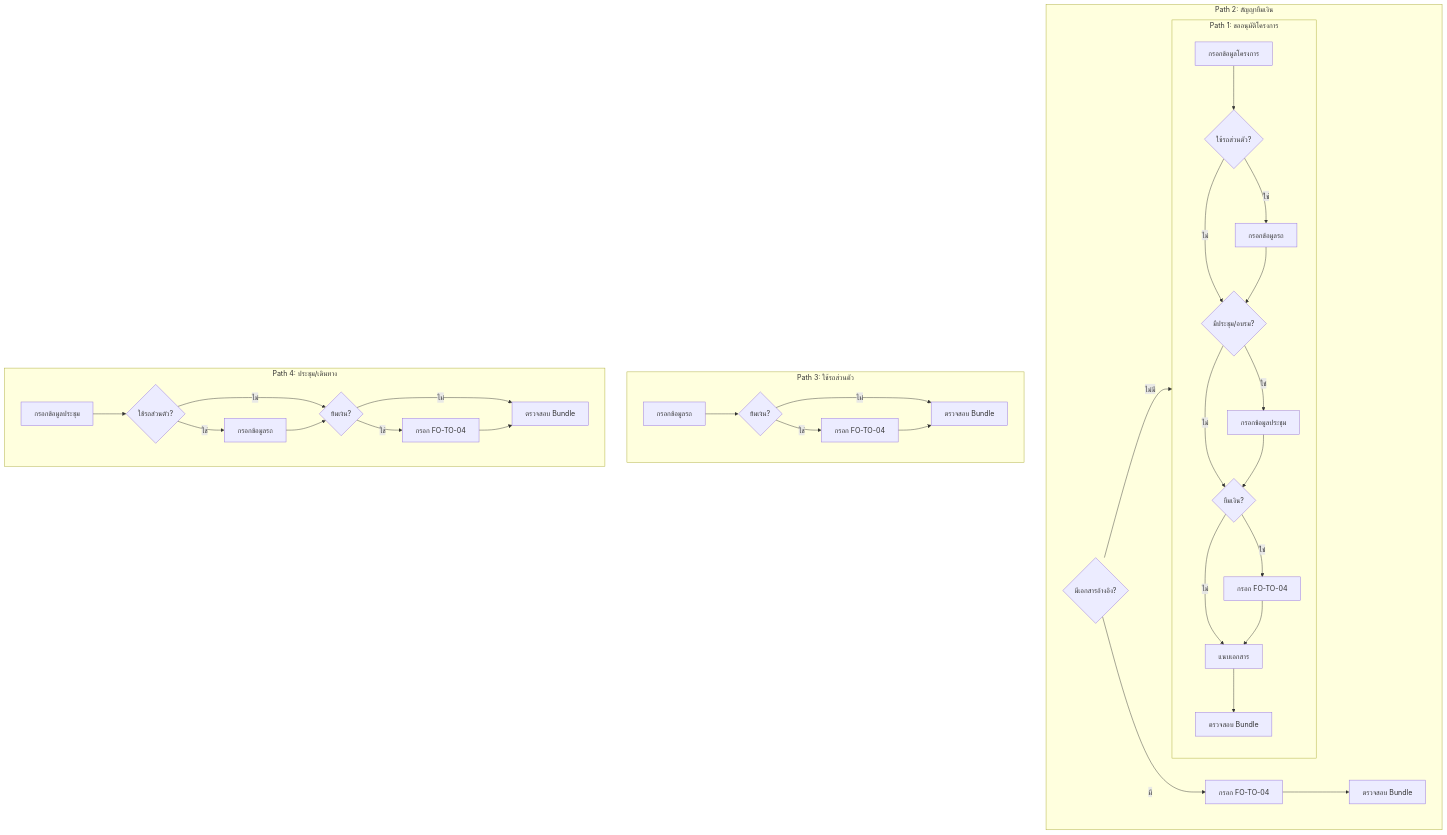
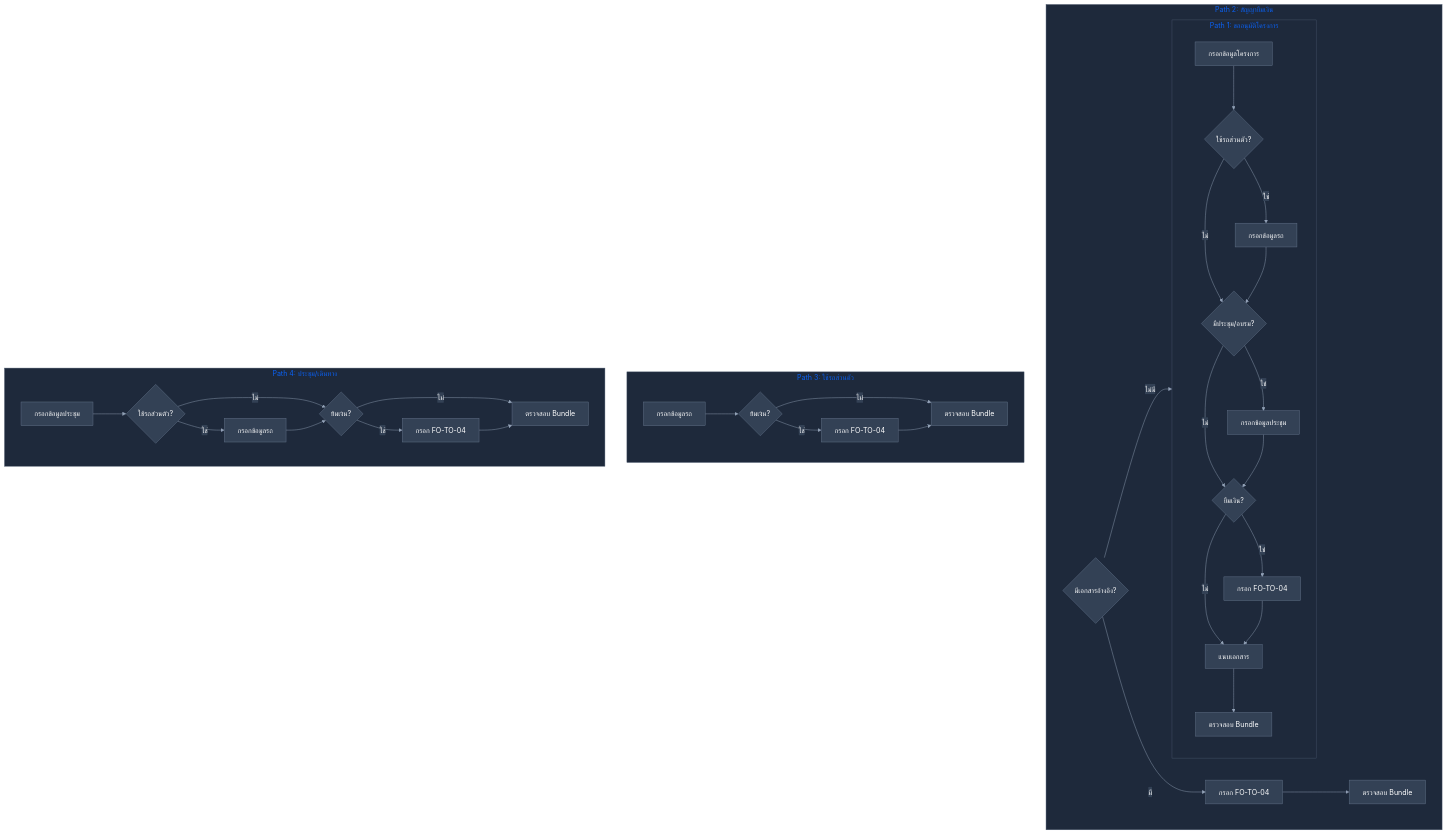
The third of 4 diagrams in docs/ER-Diagram.md (Burist106/RSCApproval), drawn with Mermaid before and after one commit. The commit also changed other lines of this file, not shown here.

Commit message:
feat: Enhance ER Diagram with Dark Mode support and improve styling for better visualization

````diff
--- a/docs/ER-Diagram.md
+++ b/docs/ER-Diagram.md
@@ -496,39 +500,40 @@
 ```mermaid
+%%{init: {'theme': 'base', 'themeVariables': { 'primaryColor': '#6366f1', 'primaryTextColor': '#ffffff', 'primaryBorderColor': '#818cf8', 'lineColor': '#94a3b8', 'secondaryColor': '#10b981', 'tertiaryColor': '#f59e0b', 'background': '#1e293b', 'mainBkg': '#334155', 'textColor': '#f1f5f9', 'nodeBorder': '#64748b', 'clusterBkg': '#1e293b', 'clusterBorder': '#475569', 'edgeLabelBackground': '#334155', 'fontFamily': 'system-ui, -apple-system, sans-serif' }}}%%
 flowchart TB
     subgraph Path1["Path 1: ขออนุมัติโครงการ"]
         P1A[กรอกข้อมูลโครงการ] --> P1B{ใช้รถส่วนตัว?}
         P1B -->|ใช่| P1C[กรอกข้อมูลรถ]
         P1B -->|ไม่| P1D{มีประชุม/อบรม?}
         P1C --> P1D
         P1D -->|ใช่| P1E[กรอกข้อมูลประชุม]
         P1D -->|ไม่| P1F{ยืมเงิน?}
         P1E --> P1F
         P1F -->|ใช่| P1G[กรอก FO-TO-04]
         P1F -->|ไม่| P1H[แนบเอกสาร]
         P1G --> P1H
         P1H --> P1I[ตรวจสอบ Bundle]
     end
     
     subgraph Path2["Path 2: สัญญายืมเงิน"]
         P2A{มีเอกสารอ้างอิง?} -->|มี| P2B[กรอก FO-TO-04]
         P2A -->|ไม่มี| Path1
         P2B --> P2C[ตรวจสอบ Bundle]
     end
     
     subgraph Path3["Path 3: ใช้รถส่วนตัว"]
         P3A[กรอกข้อมูลรถ] --> P3B{ยืมเงิน?}
         P3B -->|ใช่| P3C[กรอก FO-TO-04]
         P3B -->|ไม่| P3D[ตรวจสอบ Bundle]
         P3C --> P3D
     end
     
     subgraph Path4["Path 4: ประชุม/เดินทาง"]
         P4A[กรอกข้อมูลประชุม] --> P4B{ใช้รถส่วนตัว?}
         P4B -->|ใช่| P4C[กรอกข้อมูลรถ]
         P4B -->|ไม่| P4D{ยืมเงิน?}
         P4C --> P4D
         P4D -->|ใช่| P4E[กรอก FO-TO-04]
         P4D -->|ไม่| P4F[ตรวจสอบ Bundle]
         P4E --> P4F
     end
 ```
````
